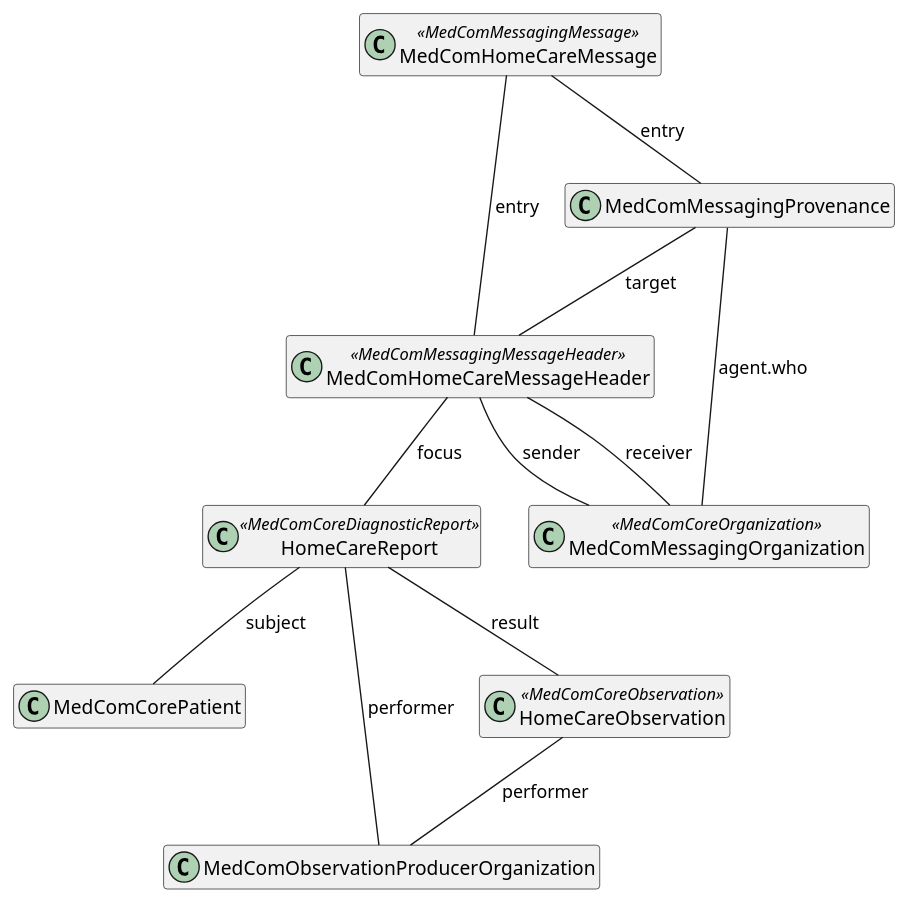
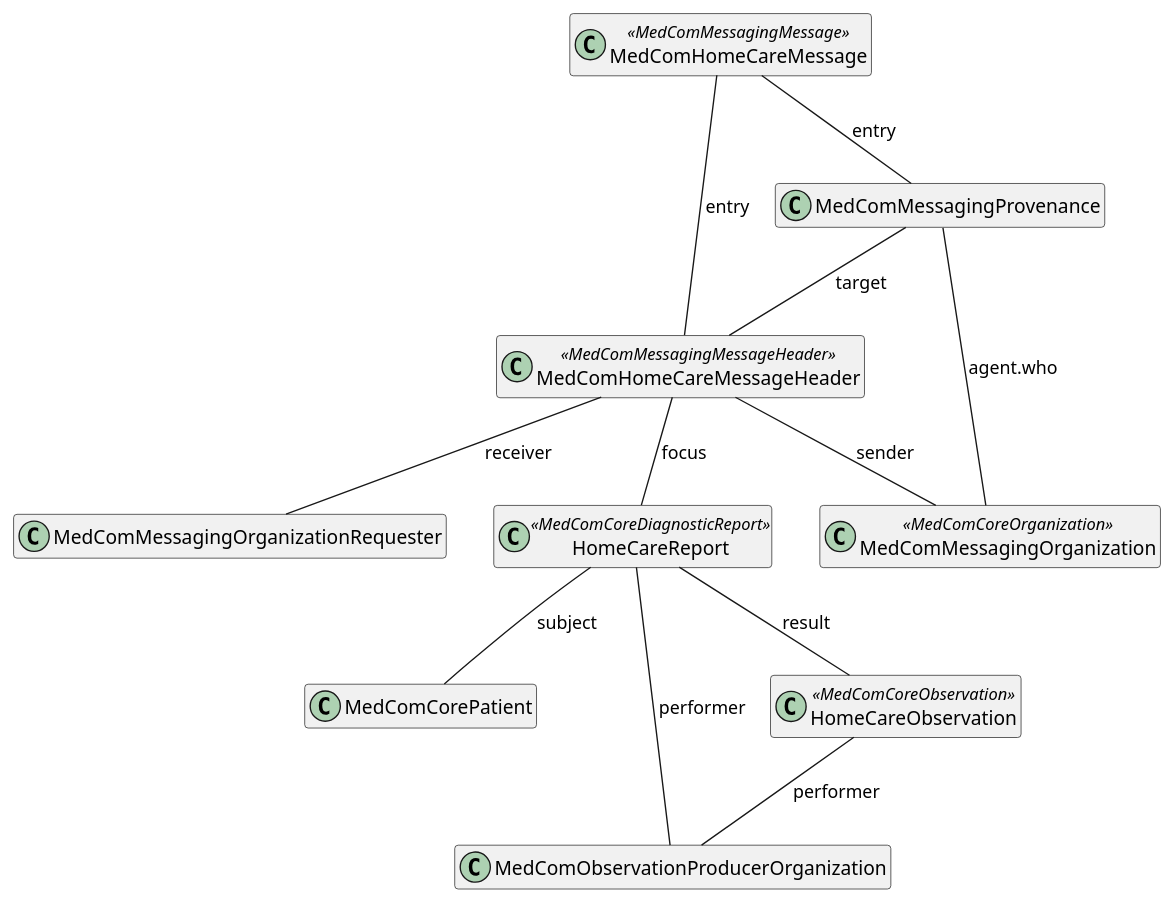
One commit to medcomdk/dk_MunicipalityObservationResults changed the diagram in puml/HomeCareObservartionMessage.puml. Above: the diagram before and after it, drawn with PlantUML. The commit also changed 4 other files, not shown here.

```diff
--- a/puml/HomeCareObservartionMessage.puml
+++ b/puml/HomeCareObservartionMessage.puml
@@ -1,31 +1,32 @@
 @startuml HomeCareObservationMessage
 
 hide empty members
 
 top to bottom direction
 
 class "MedComHomeCareMessage" as message <<MedComMessagingMessage>>
 class "MedComHomeCareMessageHeader" as messageheader <<MedComMessagingMessageHeader>>
 class "MedComMessagingProvenance" as provenance
 class "MedComMessagingOrganization" as messagingOrganization <<MedComCoreOrganization>>
+class "MedComMessagingOrganizationRequester" as observationRequester 
 class "MedComCorePatient" as patient
 class "MedComObservationProducerOrganization" as organization
 ' class "MedComCorePractitioner" as author
 class "HomeCareReport" as diagnosticReport <<MedComCoreDiagnosticReport>>
 class "HomeCareObservation" as coreobservation <<MedComCoreObservation>>
 
 message -- messageheader : "entry"
 messageheader -- diagnosticReport : "focus"
 message -- provenance : "entry"
 provenance -- messageheader : "target" 
 provenance -- messagingOrganization : "agent.who"
 diagnosticReport -- patient : "subject"
 diagnosticReport -- organization: "performer"
 diagnosticReport -- coreobservation : "result"
 coreobservation -- organization:"performer"
 
 
-messageheader -- messagingOrganization : "receiver"
+messageheader -- observationRequester : "receiver"
 messageheader -- messagingOrganization : "sender"
 
 @enduml
```
